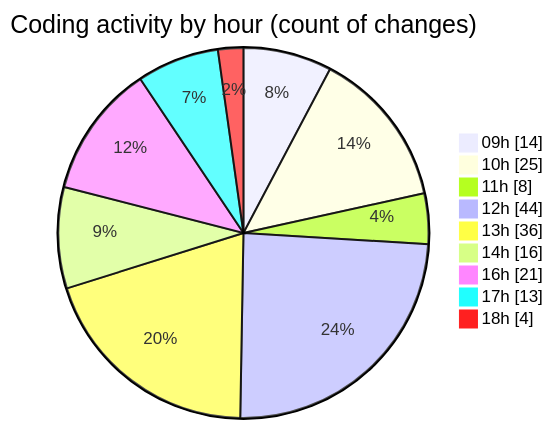
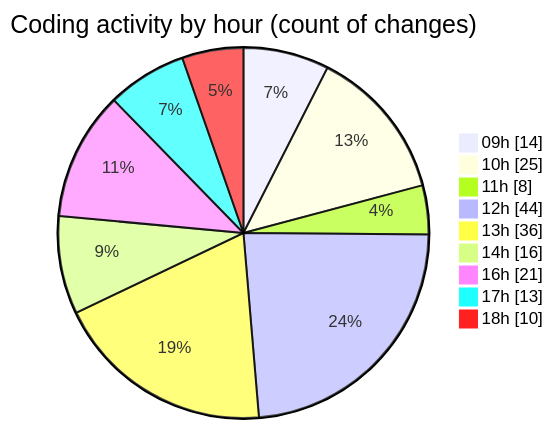
Before and after one commit to momahboobian/code-tracking: the second of 2 diagrams in 2025-06-03/cda/README.md, drawn with Mermaid. The commit also changed other lines of this file and 1 other file, not shown here.

````diff
--- a/2025-06-03/cda/README.md
+++ b/2025-06-03/cda/README.md
@@ -36,13 +36,13 @@
 ```mermaid
 pie showData
 title Coding activity by hour (count of changes)
 "09h" : 14
 "10h" : 25
 "11h" : 8
 "12h" : 44
 "13h" : 36
 "14h" : 16
 "16h" : 21
 "17h" : 13
-"18h" : 4
+"18h" : 10
 ```
````
